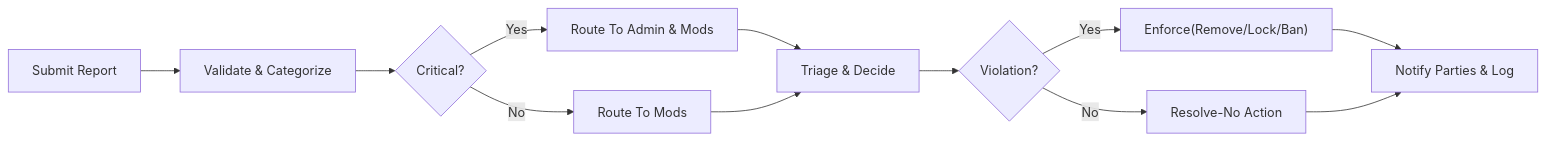
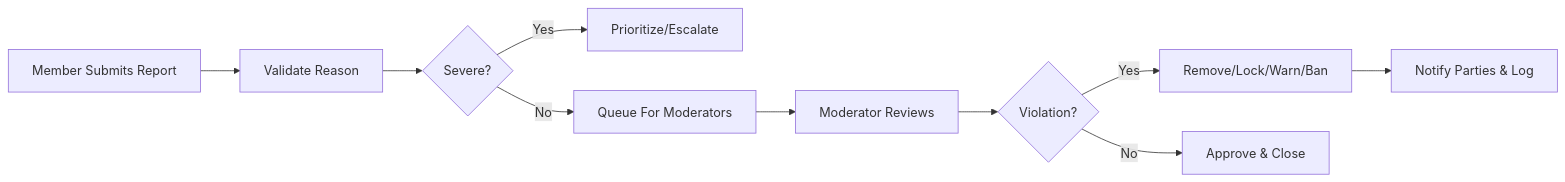
The fourth of 7 diagrams in openai/gpt-5/reddit/docs/analysis/01-communityPlatform-service-overview.md (wrtnlabs/autobe-examples), drawn with Mermaid before and after one commit. The commit also changed other lines of this file and 16146 other files, not shown here.

````diff
--- a/openai/gpt-5/reddit/docs/analysis/01-communityPlatform-service-overview.md
+++ b/openai/gpt-5/reddit/docs/analysis/01-communityPlatform-service-overview.md
@@ -196,14 +154,12 @@
 ```mermaid
 graph LR
-  A["Submit Report"] --> B["Validate & Categorize"]
-  B --> C{"Critical?"}
-  C -->|"Yes"| D["Route To Admin & Mods"]
-  C -->|"No"| E["Route To Mods"]
-  D --> F["Triage & Decide"]
-  E --> F
+  A["Member Submits Report"] --> B["Validate Reason"]
+  B --> C{"Severe?"}
+  C -->|"Yes"| D["Prioritize/Escalate"]
+  C -->|"No"| E["Queue For Moderators"]
+  E --> F["Moderator Reviews"]
   F --> G{"Violation?"}
-  G -->|"Yes"| H["Enforce(Remove/Lock/Ban)"]
-  G -->|"No"| I["Resolve-No Action"]
+  G -->|"Yes"| H["Remove/Lock/Warn/Ban"]
+  G -->|"No"| I["Approve & Close"]
   H --> J["Notify Parties & Log"]
-  I --> J
 ```
````
